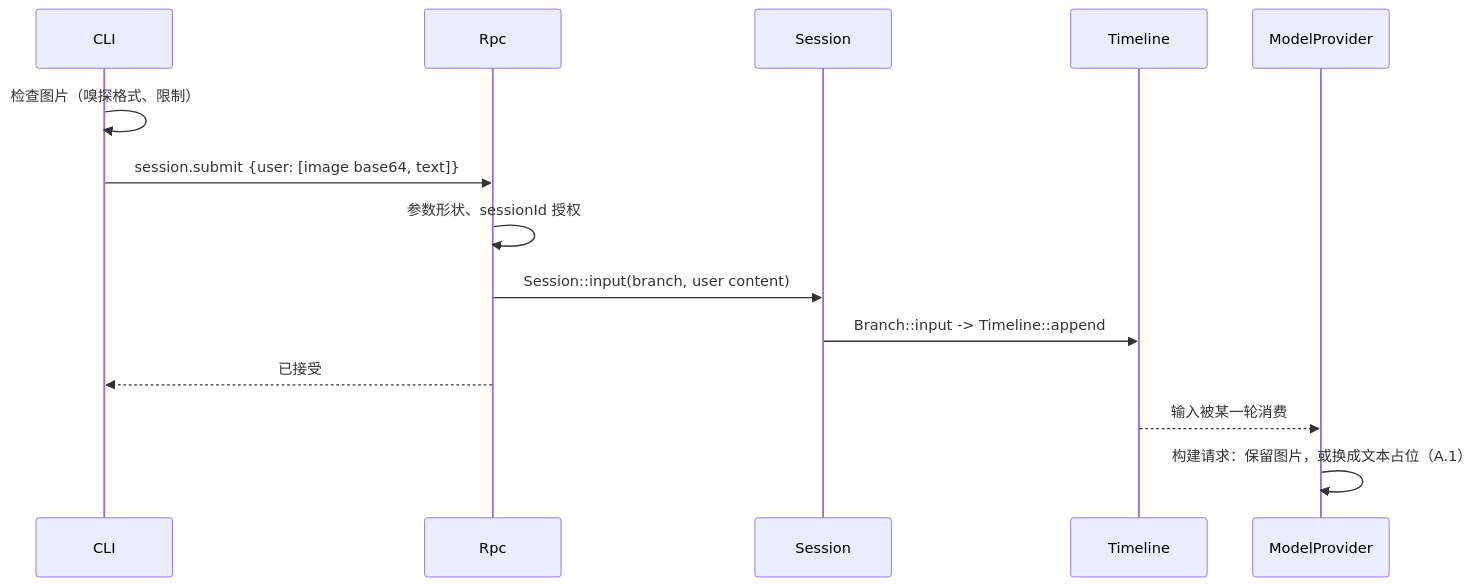
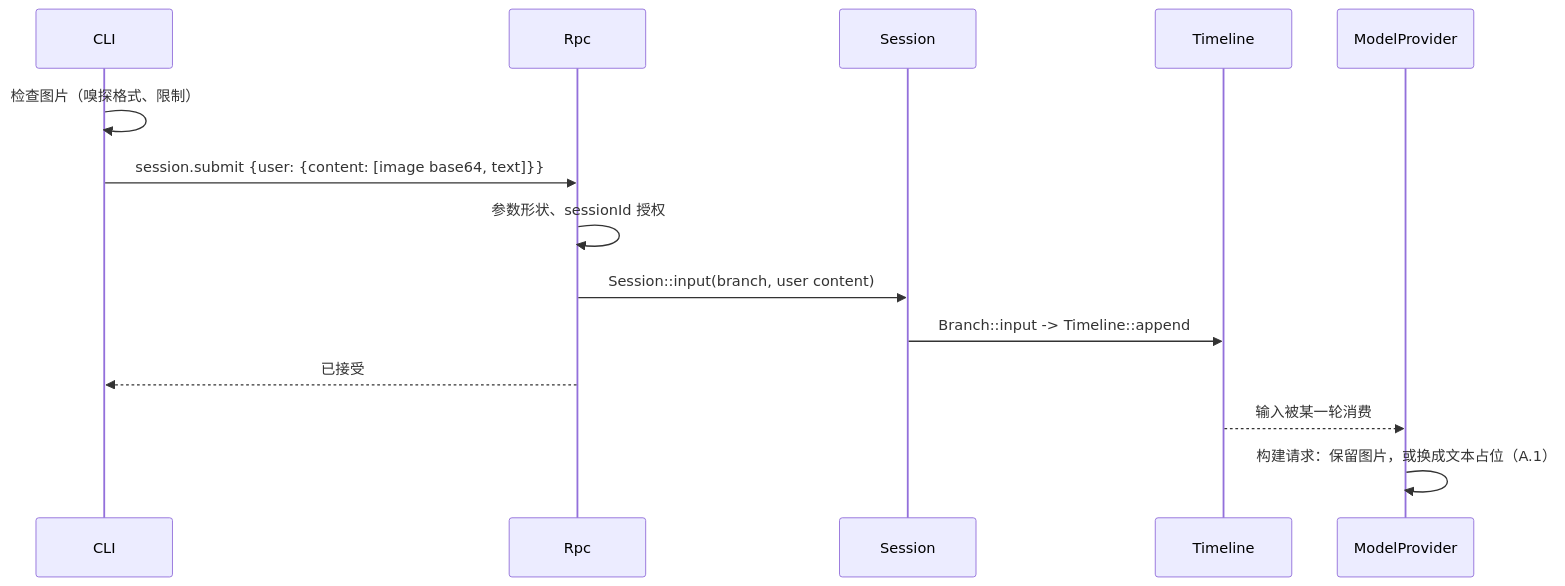
The third of 3 diagrams in docs/zh/design/plugins/Attachments.md (CoutinhoTTS/dim-agent), drawn with Mermaid before and after one commit. The commit also changed other lines of this file and 3 other files, not shown here.

````diff
--- a/docs/zh/design/plugins/Attachments.md
+++ b/docs/zh/design/plugins/Attachments.md
@@ -66,16 +81,16 @@
 ```mermaid
 sequenceDiagram
   participant C as CLI
   participant R as Rpc
   participant SA as Session
   participant TL as Timeline
   participant M as ModelProvider
   C->>C: 检查图片（嗅探格式、限制）
-  C->>R: session.submit {user: [image base64, text]}
+  C->>R: session.submit {user: {content: [image base64, text]}}
   R->>R: 参数形状、sessionId 授权
   R->>SA: Session::input(branch, user content)
   SA->>TL: Branch::input -> Timeline::append
   R-->>C: 已接受
   TL-->>M: 输入被某一轮消费
   M->>M: 构建请求：保留图片，或换成文本占位（A.1）
 ```
````
